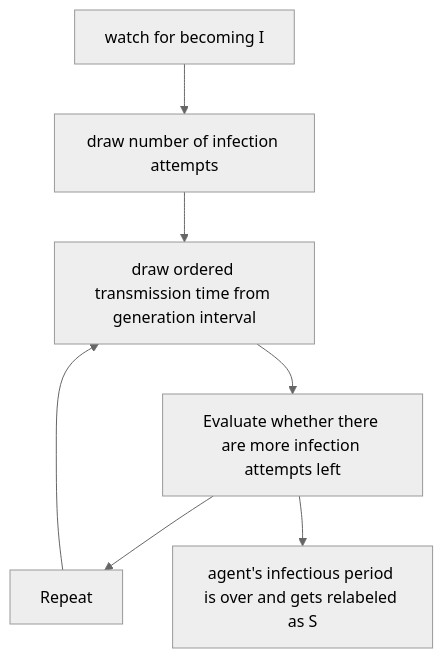
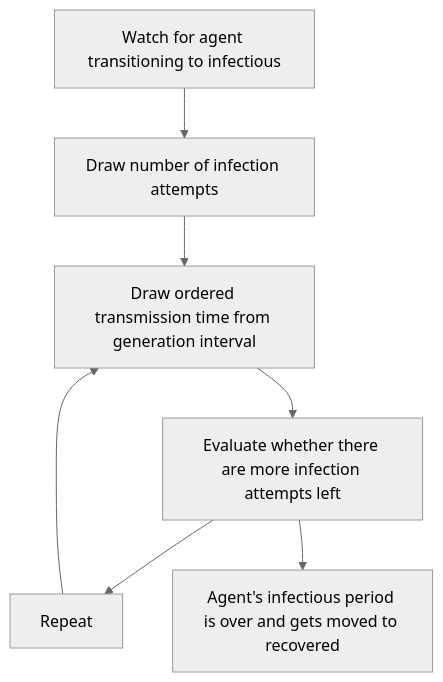
Before and after one commit to CDCgov/ixa-epi-isolation: the first of 2 diagrams in docs/transmission.md, drawn with Mermaid (neutral theme). The commit also changed other lines of this file, not shown here.

````diff
--- a/docs/transmission.md
+++ b/docs/transmission.md
@@ -61,6 +67,6 @@
 ```mermaid
 graph TB
-A[watch for becoming I]-->B[draw number of infection attempts]-->C[draw ordered transmission time from generation interval]-->D[Evaluate whether there are more infection attempts left]-->E[Repeat]-->C
-D-->F[agent's infectious period is over and gets relabeled as S]
+A[Watch for agent transitioning to infectious]-->B[Draw number of infection attempts]-->C[Draw ordered transmission time from generation interval]-->D[Evaluate whether there are more infection attempts left]-->E[Repeat]-->C
+D-->F[Agent's infectious period is over and gets moved to recovered]
 
 ```
````
